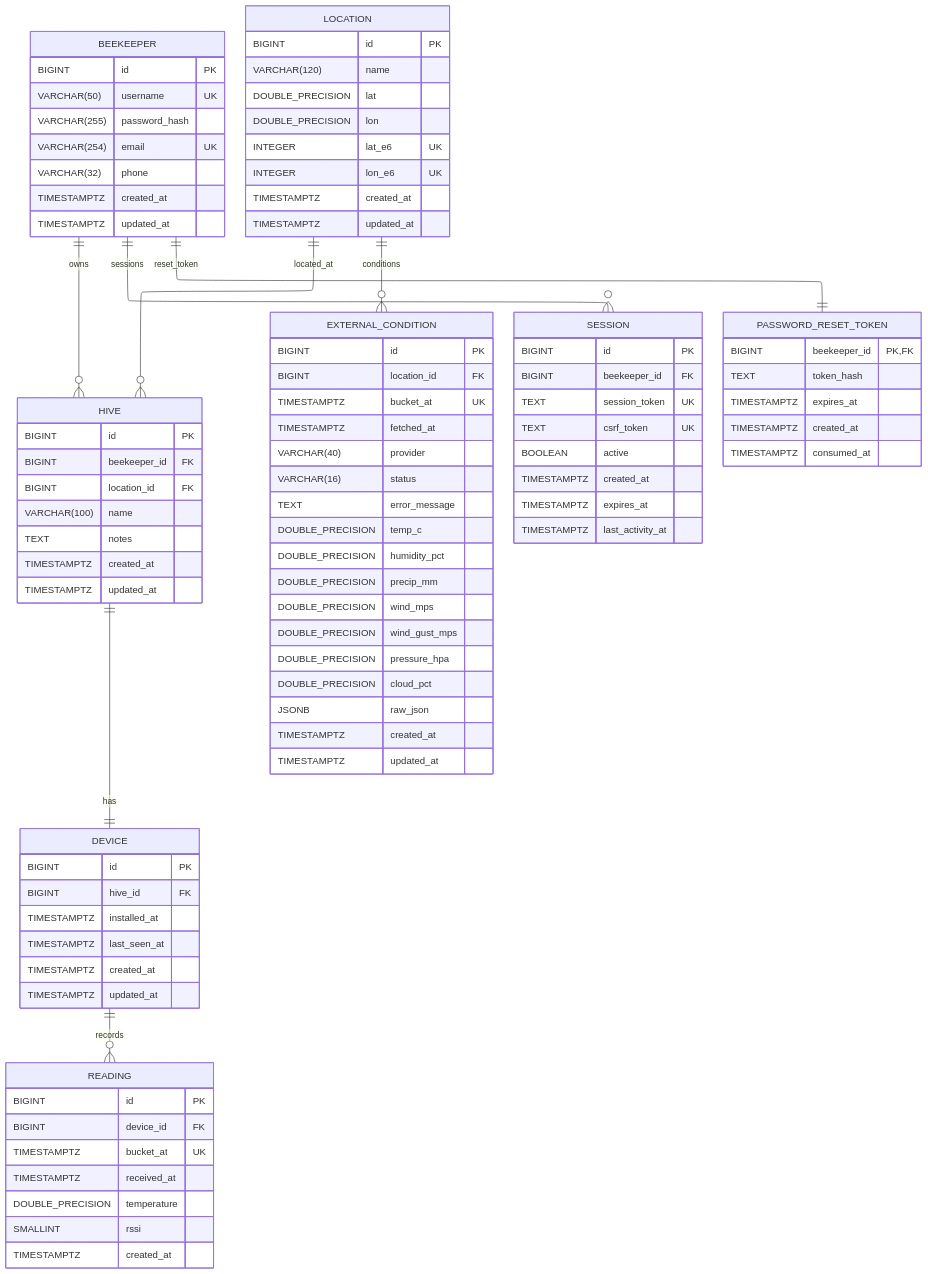
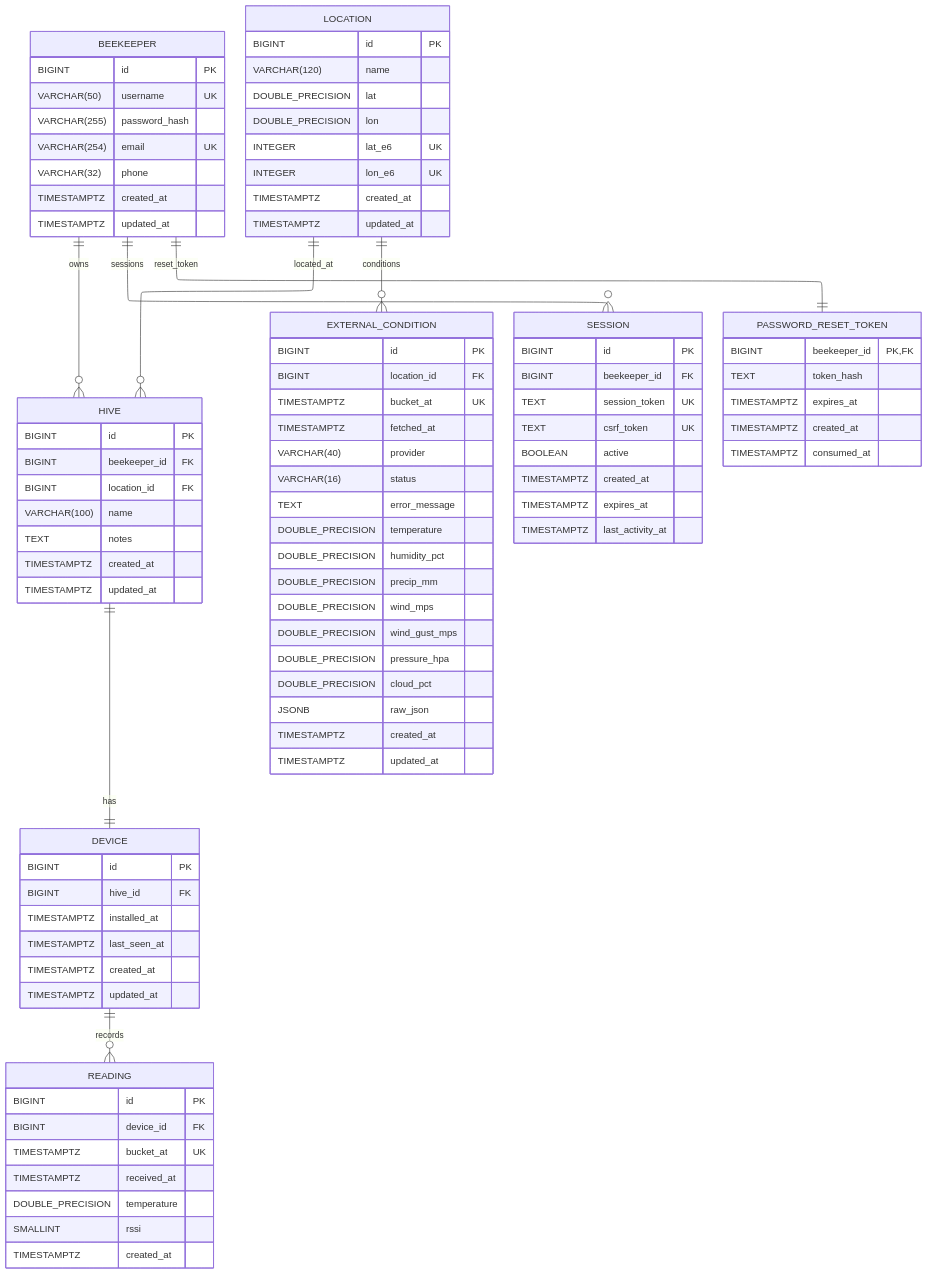
The diagram in backend/docs/er_diagram.mmd (austinjclifton/Asheville), drawn with Mermaid before and after one commit. The commit also changed 9 other files, not shown here.

```diff
--- a/backend/docs/er_diagram.mmd
+++ b/backend/docs/er_diagram.mmd
@@ -1,102 +1,102 @@
 ---
 config:
   layout: elk
 ---
 erDiagram
 
   BEEKEEPER {
     BIGINT id PK
     VARCHAR(50) username UK
     VARCHAR(255) password_hash
     VARCHAR(254) email UK
     VARCHAR(32) phone
     TIMESTAMPTZ created_at
     TIMESTAMPTZ updated_at
   }
 
   LOCATION {
     BIGINT id PK
     VARCHAR(120) name
     DOUBLE_PRECISION lat
     DOUBLE_PRECISION lon
     INTEGER lat_e6 UK
     INTEGER lon_e6 UK
     TIMESTAMPTZ created_at
     TIMESTAMPTZ updated_at
   }
 
   HIVE {
     BIGINT id PK
     BIGINT beekeeper_id FK
     BIGINT location_id FK
     VARCHAR(100) name
     TEXT notes
     TIMESTAMPTZ created_at
     TIMESTAMPTZ updated_at
   }
 
   DEVICE {
     BIGINT id PK
     BIGINT hive_id FK
     TIMESTAMPTZ installed_at
     TIMESTAMPTZ last_seen_at
     TIMESTAMPTZ created_at
     TIMESTAMPTZ updated_at
   }
 
   READING {
     BIGINT id PK
     BIGINT device_id FK
     TIMESTAMPTZ bucket_at UK
     TIMESTAMPTZ received_at
     DOUBLE_PRECISION temperature
     SMALLINT rssi
     TIMESTAMPTZ created_at
   }
 
   EXTERNAL_CONDITION {
     BIGINT id PK
     BIGINT location_id FK
     TIMESTAMPTZ bucket_at UK
     TIMESTAMPTZ fetched_at
     VARCHAR(40) provider
     VARCHAR(16) status
     TEXT error_message
-    DOUBLE_PRECISION temp_c
+    DOUBLE_PRECISION temperature
     DOUBLE_PRECISION humidity_pct
     DOUBLE_PRECISION precip_mm
     DOUBLE_PRECISION wind_mps
     DOUBLE_PRECISION wind_gust_mps
     DOUBLE_PRECISION pressure_hpa
     DOUBLE_PRECISION cloud_pct
     JSONB raw_json
     TIMESTAMPTZ created_at
     TIMESTAMPTZ updated_at
   }
 
   SESSION {
     BIGINT id PK
     BIGINT beekeeper_id FK
     TEXT session_token UK
     TEXT csrf_token UK
     BOOLEAN active
     TIMESTAMPTZ created_at
     TIMESTAMPTZ expires_at
     TIMESTAMPTZ last_activity_at
   }
 
   PASSWORD_RESET_TOKEN {
     BIGINT beekeeper_id PK, FK
     TEXT token_hash
     TIMESTAMPTZ expires_at
     TIMESTAMPTZ created_at
     TIMESTAMPTZ consumed_at
   }
 
   BEEKEEPER ||--o{ HIVE : owns
   LOCATION  ||--o{ HIVE : located_at
   HIVE      ||--|| DEVICE : has
   DEVICE    ||--o{ READING : records
   LOCATION  ||--o{ EXTERNAL_CONDITION : conditions
   BEEKEEPER ||--o{ SESSION : sessions
   BEEKEEPER ||--|| PASSWORD_RESET_TOKEN : reset_token
```
